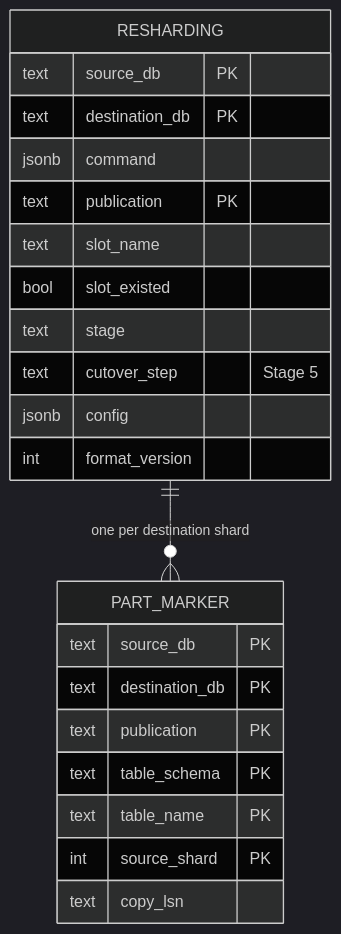
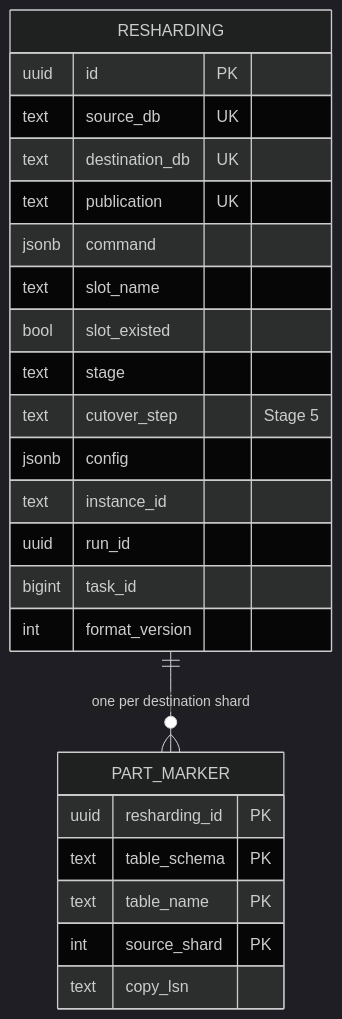
The second of 6 diagrams in docs/RESUMABLE_RESHARDING.md (pgdogdev/pgdog), drawn with Mermaid (dark theme) before and after one commit. The commit also changed other lines of this file and 17 other files, not shown here.

````diff
--- a/docs/RESUMABLE_RESHARDING.md
+++ b/docs/RESUMABLE_RESHARDING.md
@@ -151,25 +151,27 @@
 ```mermaid
 erDiagram
   RESHARDING ||--o{ PART_MARKER : "one per destination shard"
   RESHARDING {
-    text source_db PK
-    text destination_db PK
+    uuid id PK
+    text source_db UK
+    text destination_db UK
+    text publication UK
     jsonb command
-    text publication PK
     text slot_name
     bool slot_existed
     text stage
     text cutover_step "Stage 5"
     jsonb config
+    text instance_id
+    uuid run_id
+    bigint task_id
     int format_version
   }
   PART_MARKER {
-    text source_db PK
-    text destination_db PK
-    text publication PK
+    uuid resharding_id PK
     text table_schema PK
     text table_name PK
     int source_shard PK
     text copy_lsn
   }
 ```
````
